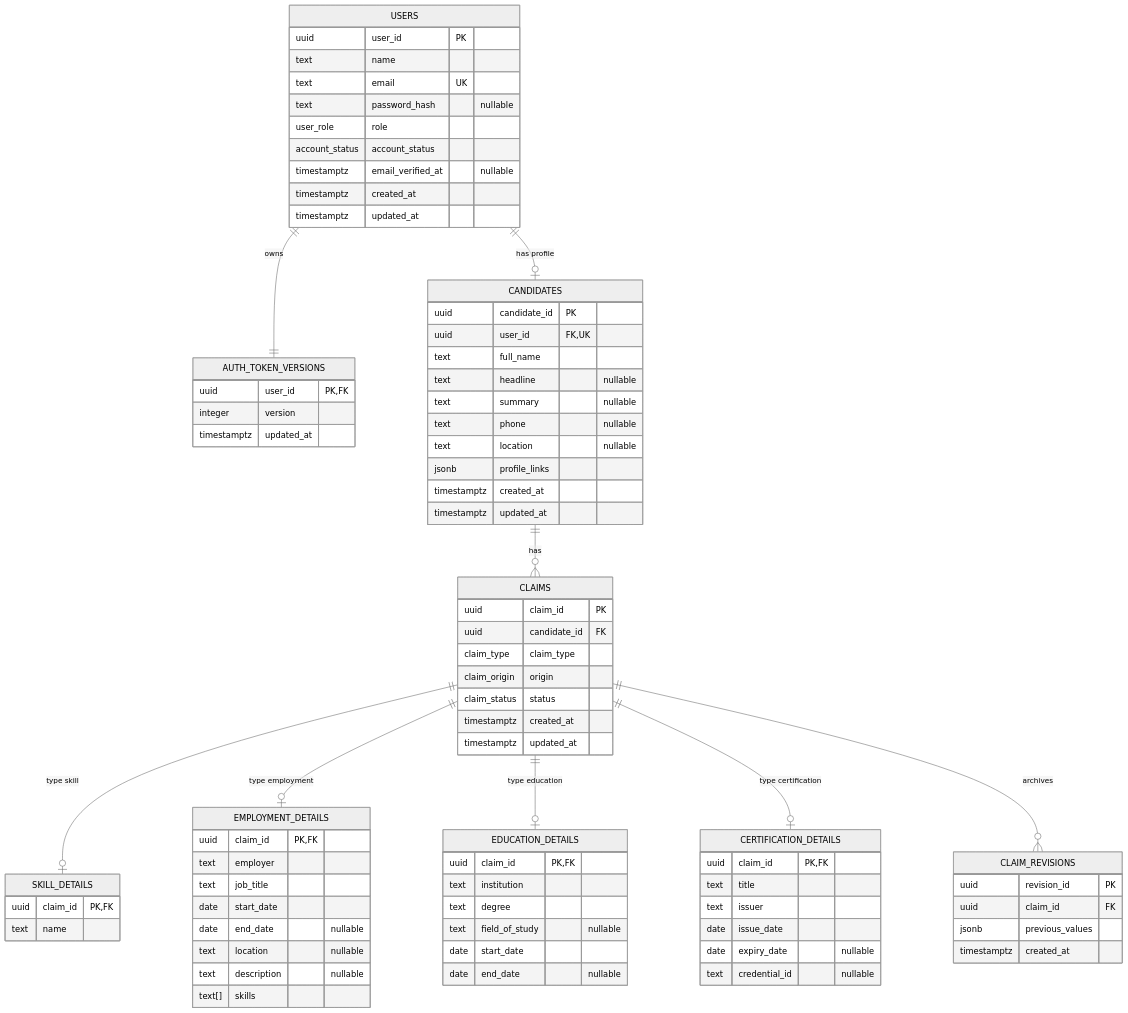
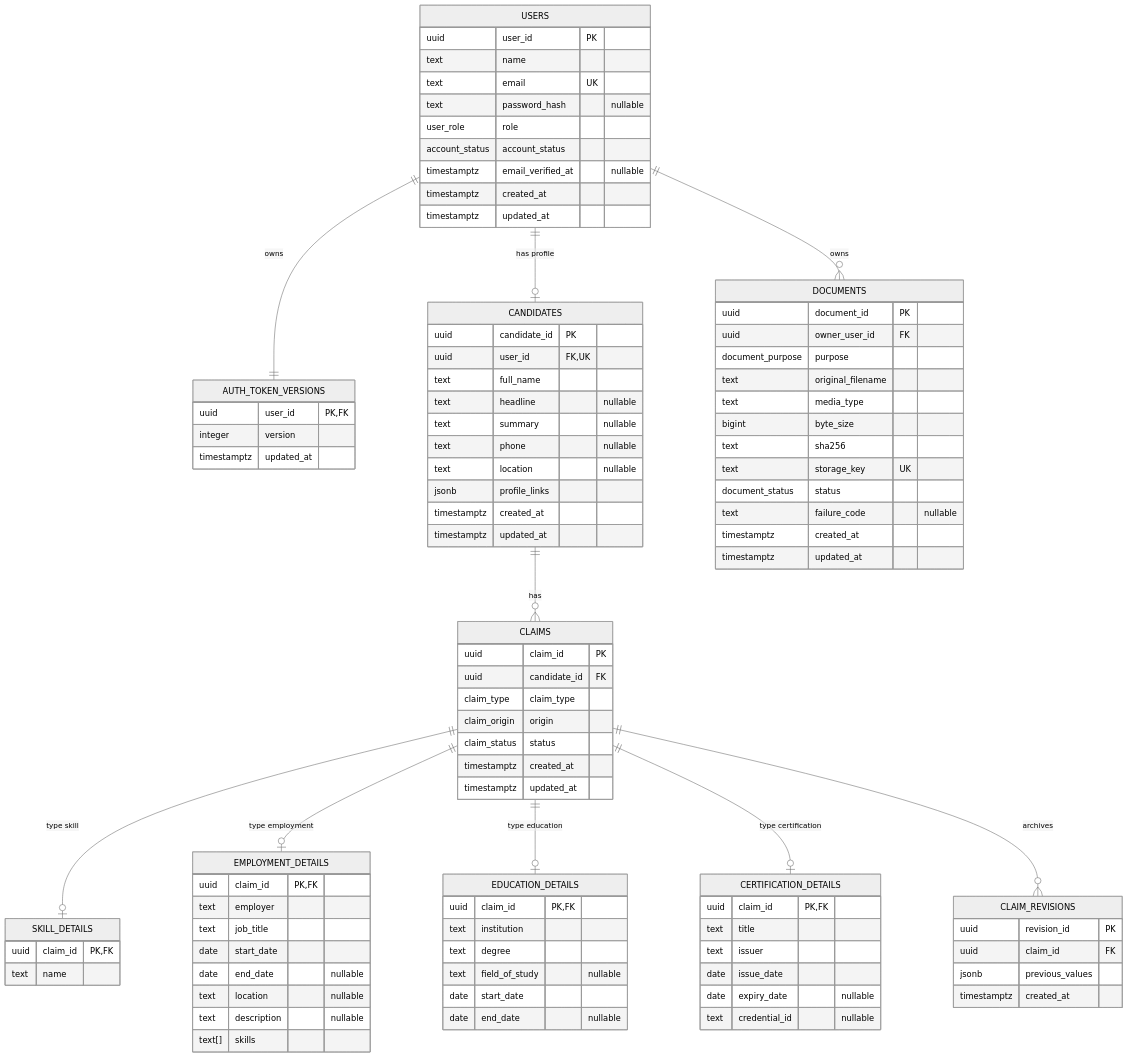
The diagram in docs/database/data-model.md (cv-parser-team/Backend), drawn with Mermaid (neutral theme) before and after one commit. The commit also changed other lines of this file and 24 other files, not shown here.

```diff
--- a/docs/database/data-model.md
+++ b/docs/database/data-model.md
@@ -88,9 +88,24 @@
         jsonb previous_values
         timestamptz created_at
     }
+    DOCUMENTS {
+        uuid document_id PK
+        uuid owner_user_id FK
+        document_purpose purpose
+        text original_filename
+        text media_type
+        bigint byte_size
+        text sha256
+        text storage_key UK
+        document_status status
+        text failure_code "nullable"
+        timestamptz created_at
+        timestamptz updated_at
+    }
 
     USERS ||--|| AUTH_TOKEN_VERSIONS : owns
     USERS ||--o| CANDIDATES : "has profile"
+    USERS ||--o{ DOCUMENTS : owns
     CANDIDATES ||--o{ CLAIMS : has
     CLAIMS ||--o| SKILL_DETAILS : "type skill"
     CLAIMS ||--o| EMPLOYMENT_DETAILS : "type employment"
```
